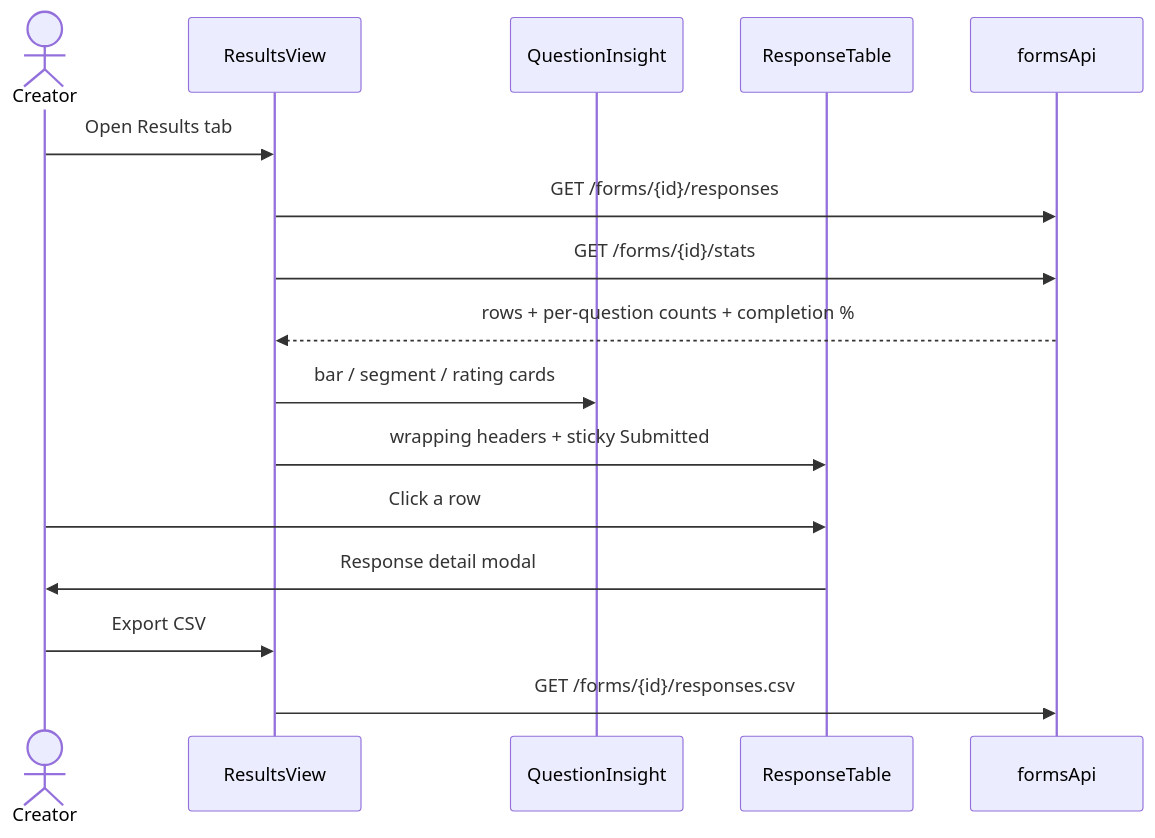
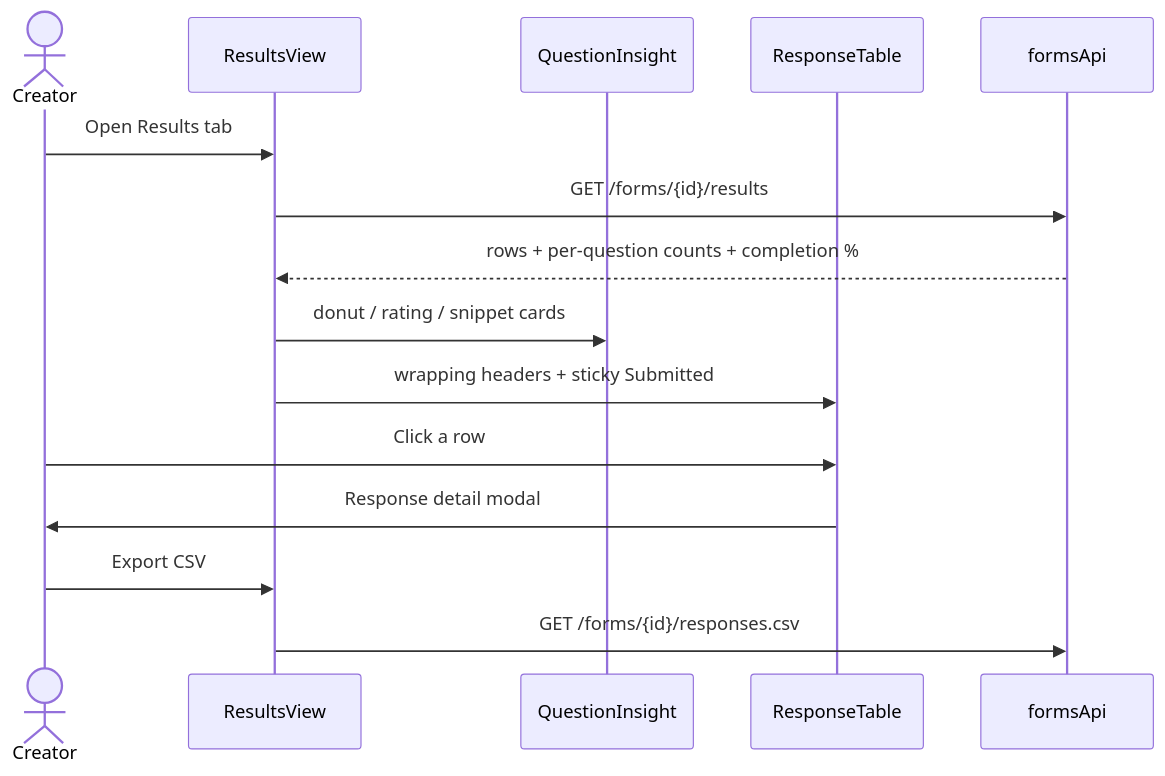
The fifth of 8 diagrams in docs/diagrams/sequence.md (ruthwikkakumani/formly), drawn with Mermaid before and after one commit. The commit also changed other lines of this file and 28 other files, not shown here.

````diff
--- a/docs/diagrams/sequence.md
+++ b/docs/diagrams/sequence.md
@@ -122,19 +132,18 @@
 ```mermaid
 sequenceDiagram
   actor Creator
   participant Results as ResultsView
   participant Insight as QuestionInsight
   participant Table as ResponseTable
   participant API as formsApi
 
   Creator->>Results: Open Results tab
-  Results->>API: GET /forms/{id}/responses
-  Results->>API: GET /forms/{id}/stats
+  Results->>API: GET /forms/{id}/results
   API-->>Results: rows + per-question counts + completion %
-  Results->>Insight: bar / segment / rating cards
+  Results->>Insight: donut / rating / snippet cards
   Results->>Table: wrapping headers + sticky Submitted
   Creator->>Table: Click a row
   Table->>Creator: Response detail modal
   Creator->>Results: Export CSV
   Results->>API: GET /forms/{id}/responses.csv
 ```
````
